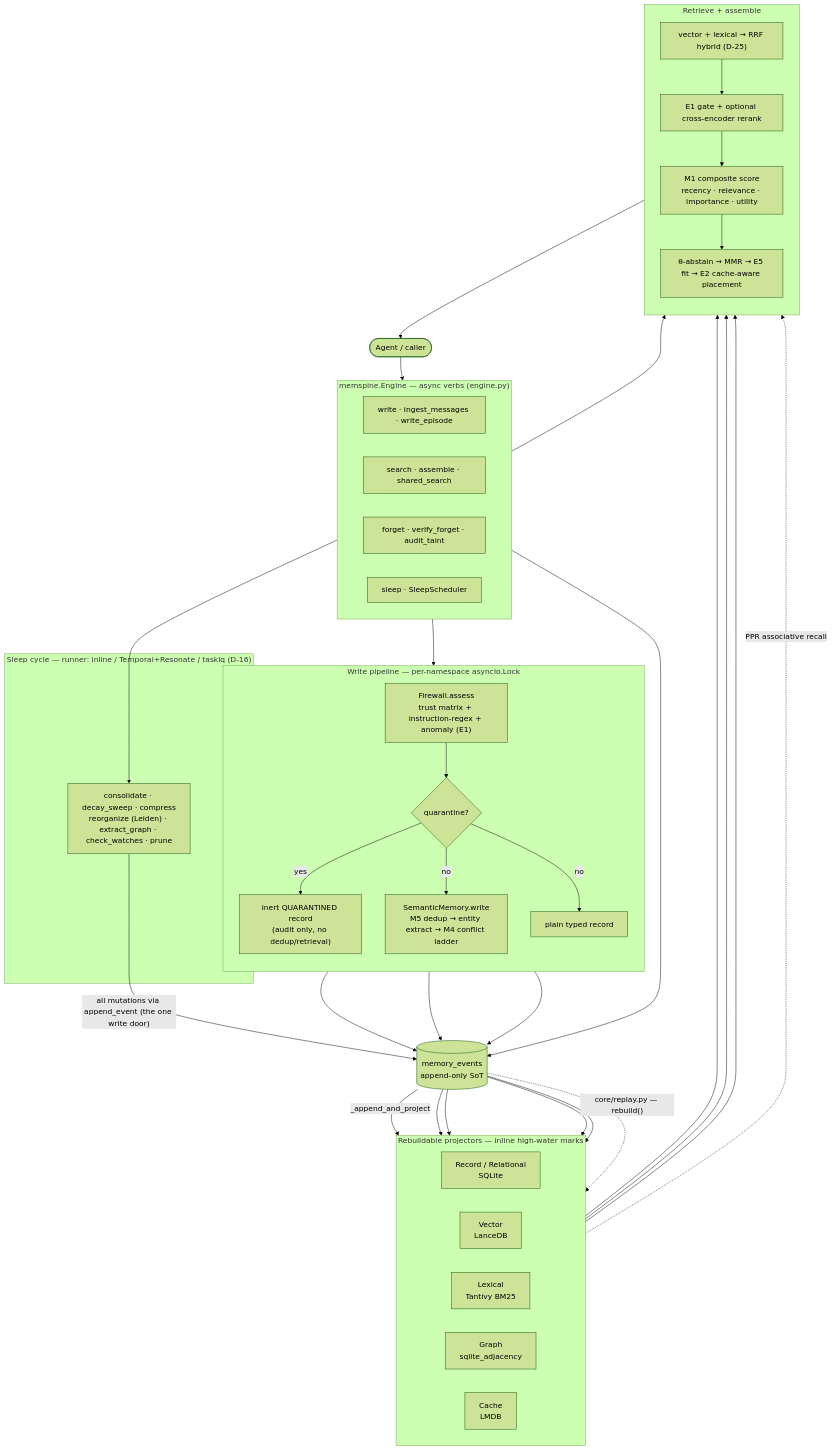
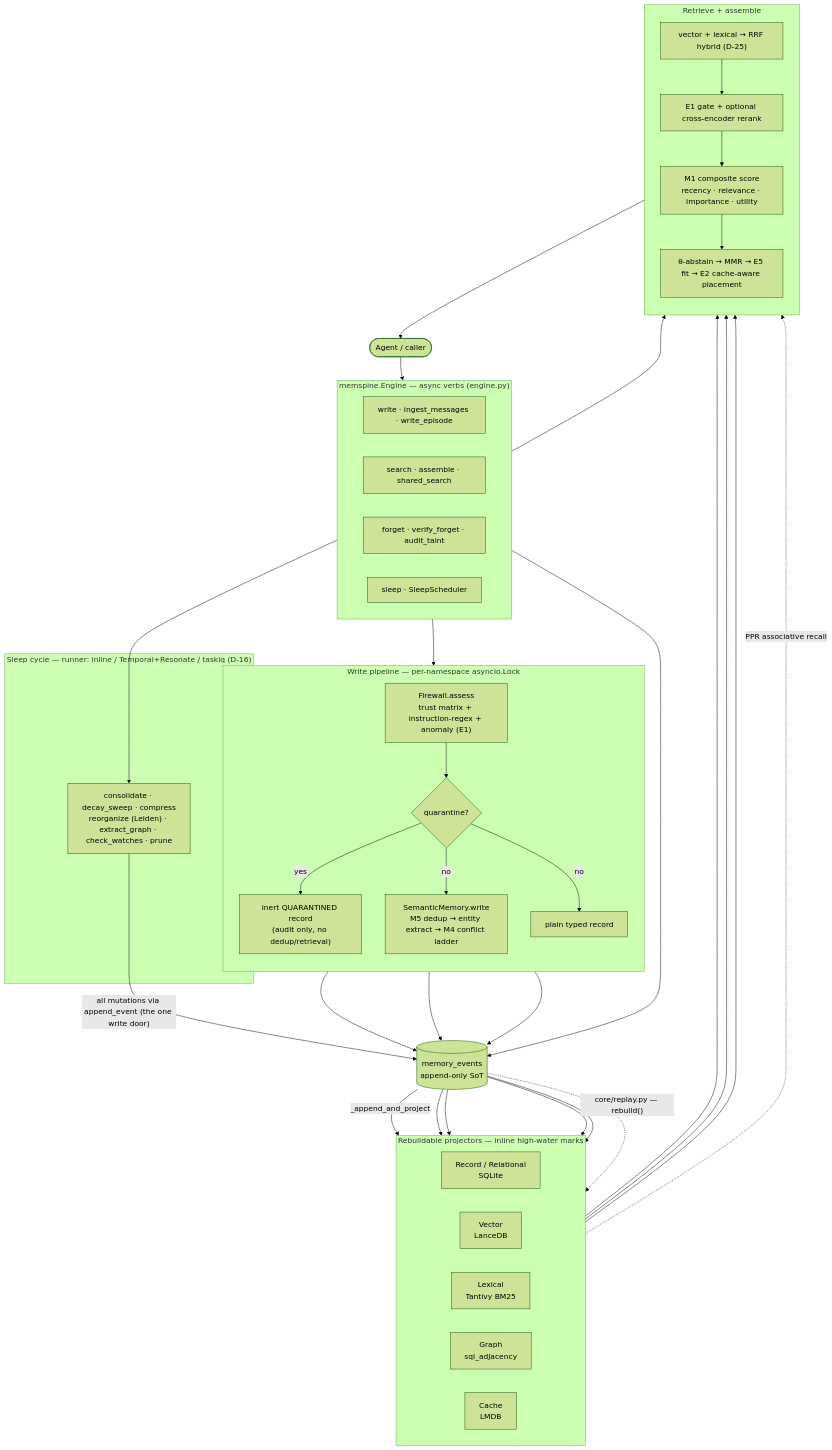
One commit to techiewonk/memspine changed the first of 5 diagrams in docs/MEMSPINE_FLOWS.md. Above: the diagram before and after it, drawn with Mermaid (forest theme). The commit also changed 76 other files, not shown here.

First line of the commit message:
RM-111: SQL-independent records port + conformance suite, sqlite_adjacency -> sql_adjacency (SQLite and Postgres, no alias), graph auto pinned in the projector binding

````diff
--- a/docs/MEMSPINE_FLOWS.md
+++ b/docs/MEMSPINE_FLOWS.md
@@ -12,66 +12,66 @@
 ```mermaid
 flowchart TB
   Agent([Agent / caller]) --> Facade
 
   subgraph Facade["memspine.Engine — async verbs (engine.py)"]
     direction LR
     W["write · ingest_messages · write_episode"]
     S["search · assemble · shared_search"]
     F["forget · verify_forget · audit_taint"]
     SL["sleep · SleepScheduler"]
   end
 
   subgraph WritePipe["Write pipeline — per-namespace asyncio.Lock"]
     direction TB
     FW["Firewall.assess<br/>trust matrix + instruction-regex + anomaly (E1)"]
     Q{"quarantine?"}
     QI["inert QUARANTINED record<br/>(audit only, no dedup/retrieval)"]
     SEM["SemanticMemory.write<br/>M5 dedup → entity extract → M4 conflict ladder"]
     PLAIN["plain typed record"]
   end
 
   CORE[("memory_events<br/>append-only SoT")]
 
   subgraph Proj["Rebuildable projectors — inline high-water marks"]
     direction LR
     RP["Record / Relational<br/>SQLite"]
     VP["Vector<br/>LanceDB"]
     LP["Lexical<br/>Tantivy BM25"]
-    GP["Graph<br/>sqlite_adjacency"]
+    GP["Graph<br/>sql_adjacency"]
     CP["Cache<br/>LMDB"]
   end
 
   subgraph ReadPipe["Retrieve + assemble"]
     direction TB
     HY["vector + lexical → RRF hybrid (D-25)"]
     GT["E1 gate + optional cross-encoder rerank"]
     M1["M1 composite score<br/>recency · relevance · importance · utility"]
     ASM["θ-abstain → MMR → E5 fit → E2 cache-aware placement"]
   end
 
   subgraph Sleep["Sleep cycle — runner: inline / Temporal+Resonate / taskiq (D-16)"]
     PL["consolidate · decay_sweep · compress<br/>reorganize (Leiden) · extract_graph · check_watches · prune"]
   end
 
   W --> FW --> Q
   Q -- yes --> QI --> CORE
   Q -- no --> SEM --> CORE
   Q -- no --> PLAIN --> CORE
   CORE -->|"_append_and_project"| RP
   CORE --> VP
   CORE --> LP
   CORE --> GP
   CORE --> CP
 
   S --> HY
   VP --> HY
   LP --> HY
   RP --> GT
   GP -. "PPR associative recall" .-> GT
   HY --> GT --> M1 --> ASM --> Agent
 
   SL --> PL
   PL -->|"all mutations via append_event (the one write door)"| CORE
   F --> CORE
   CORE -. "core/replay.py — rebuild()" .-> Proj
 ```
````
